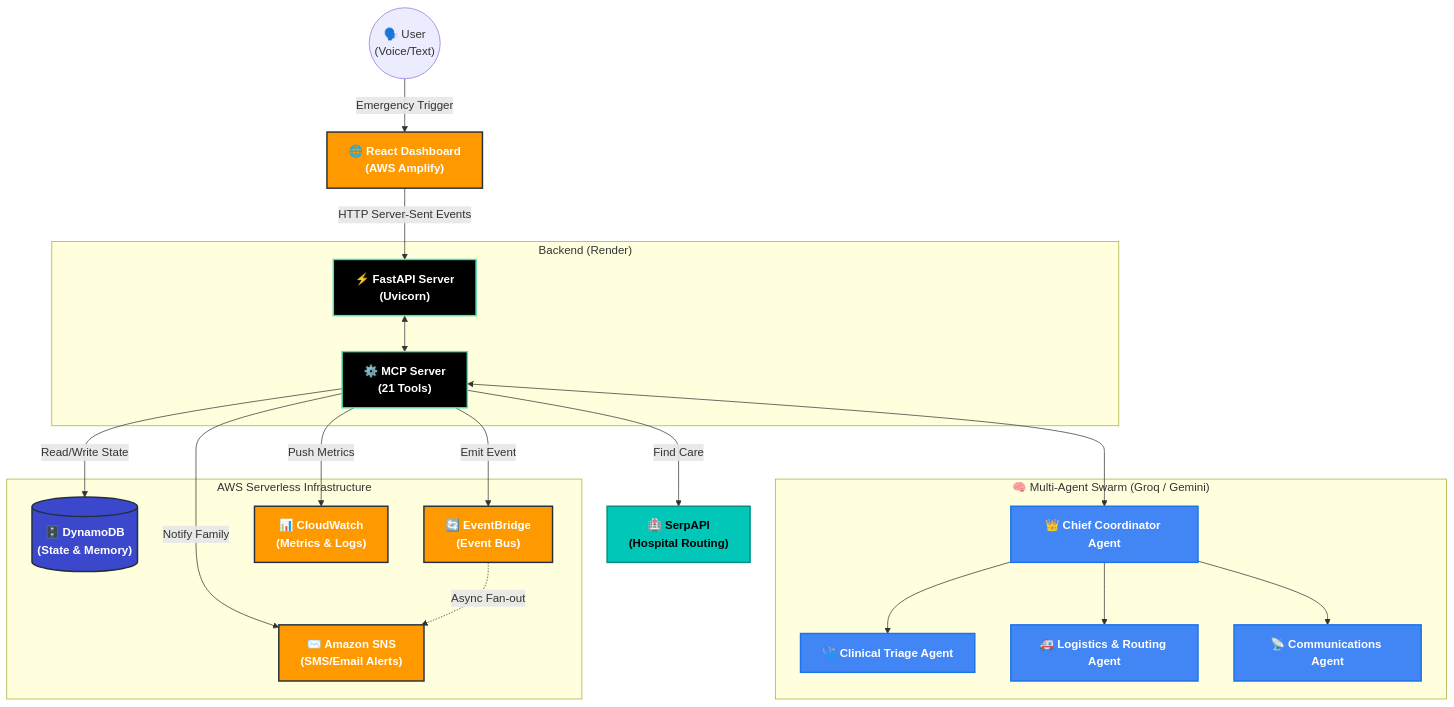
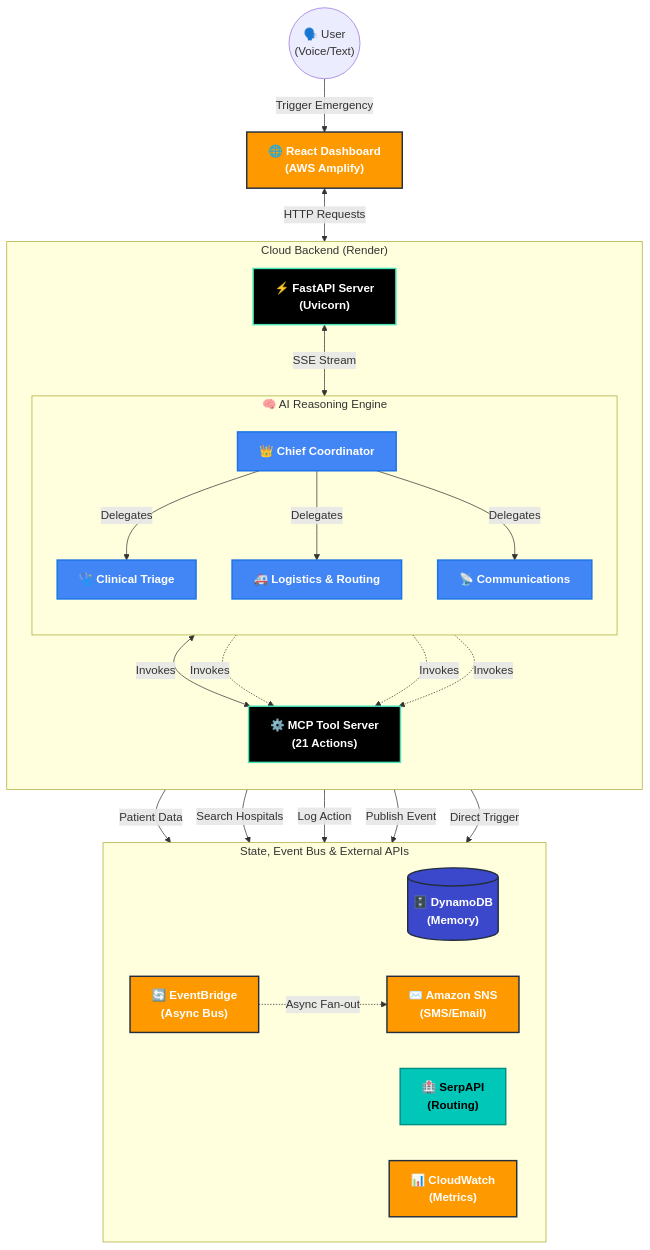
The diagram in README.md (Nexorax-nk/MEDUSA), drawn with Mermaid before and after one commit.

Commit message:
docs: highly structure the mermaid architecture diagram for perfect visual flow

````diff
--- a/README.md
+++ b/README.md
@@ -47,53 +47,59 @@
 ```mermaid
-graph TD
+flowchart TD
     %% Styling
     classDef aws fill:#FF9900,stroke:#232F3E,stroke-width:2px,color:white,font-weight:bold;
     classDef render fill:#000000,stroke:#46E3B7,stroke-width:2px,color:white,font-weight:bold;
     classDef llm fill:#4285F4,stroke:#1A73E8,stroke-width:2px,color:white,font-weight:bold;
     classDef db fill:#3B48CC,stroke:#232F3E,stroke-width:2px,color:white,font-weight:bold;
     classDef api fill:#00C7B7,stroke:#008F83,stroke-width:2px,color:black,font-weight:bold;
 
-    %% Nodes
     User(("🗣️ User<br/>(Voice/Text)"))
     Frontend["🌐 React Dashboard<br/>(AWS Amplify)"]:::aws
-    
-    subgraph "Backend (Render)"
+
+    User -->|"Trigger Emergency"| Frontend
+
+    subgraph "Cloud Backend (Render)"
+        direction TB
         FastAPI["⚡ FastAPI Server<br/>(Uvicorn)"]:::render
-        MCP["⚙️ MCP Server<br/>(21 Tools)"]:::render
+        
+        subgraph "🧠 AI Reasoning Engine"
+            direction TB
+            ChiefAgent["👑 Chief Coordinator"]:::llm
+            TriageAgent["🩺 Clinical Triage"]:::llm
+            LogisticsAgent["🚑 Logistics & Routing"]:::llm
+            CommsAgent["📡 Communications"]:::llm
+            
+            ChiefAgent -->|"Delegates"| TriageAgent
+            ChiefAgent -->|"Delegates"| LogisticsAgent
+            ChiefAgent -->|"Delegates"| CommsAgent
+        end
+        
+        MCP["⚙️ MCP Tool Server<br/>(21 Actions)"]:::render
+
+        FastAPI <-->|"SSE Stream"| ChiefAgent
+        ChiefAgent <-->|"Invokes"| MCP
+        TriageAgent -.->|"Invokes"| MCP
+        LogisticsAgent -.->|"Invokes"| MCP
+        CommsAgent -.->|"Invokes"| MCP
     end
 
-    subgraph "🧠 Multi-Agent Swarm (Groq / Gemini)"
-        ChiefAgent["👑 Chief Coordinator Agent"]:::llm
-        TriageAgent["🩺 Clinical Triage Agent"]:::llm
-        LogisticsAgent["🚑 Logistics & Routing Agent"]:::llm
-        CommsAgent["📡 Communications Agent"]:::llm
-        
-        ChiefAgent --> TriageAgent
-        ChiefAgent --> LogisticsAgent
-        ChiefAgent --> CommsAgent
+    Frontend <-->|"HTTP Requests"| FastAPI
+
+    subgraph "State, Event Bus & External APIs"
+        direction LR
+        DynamoDB[("🗄️ DynamoDB<br/>(Memory)")]:::db
+        SerpAPI["🏥 SerpAPI<br/>(Routing)"]:::api
+        CloudWatch["📊 CloudWatch<br/>(Metrics)"]:::aws
+        EventBridge["🔄 EventBridge<br/>(Async Bus)"]:::aws
+        SNS["✉️ Amazon SNS<br/>(SMS/Email)"]:::aws
     end
 
-    subgraph "AWS Serverless Infrastructure"
-        DynamoDB[("🗄️ DynamoDB<br/>(State & Memory)")]:::db
-        EventBridge["🔄 EventBridge<br/>(Event Bus)"]:::aws
-        SNS["✉️ Amazon SNS<br/>(SMS/Email Alerts)"]:::aws
-        CloudWatch["📊 CloudWatch<br/>(Metrics & Logs)"]:::aws
-    end
-
-    SerpAPI["🏥 SerpAPI<br/>(Hospital Routing)"]:::api
-
-    %% Connections
-    User -- "Emergency Trigger" --> Frontend
-    Frontend -- "HTTP Server-Sent Events" --> FastAPI
-    FastAPI <--> MCP
-    MCP <--> ChiefAgent
-
-    %% Tool execution connections
-    MCP -- "Read/Write State" --> DynamoDB
-    MCP -- "Emit Event" --> EventBridge
-    MCP -- "Push Metrics" --> CloudWatch
-    MCP -- "Notify Family" --> SNS
-    MCP -- "Find Care" --> SerpAPI
-
-    EventBridge -. "Async Fan-out" .-> SNS
+    %% Execution Connections
+    MCP -->|"Patient Data"| DynamoDB
+    MCP -->|"Search Hospitals"| SerpAPI
+    MCP -->|"Log Action"| CloudWatch
+    MCP -->|"Publish Event"| EventBridge
+    
+    EventBridge -.->|"Async Fan-out"| SNS
+    MCP -->|"Direct Trigger"| SNS
 ```
````
